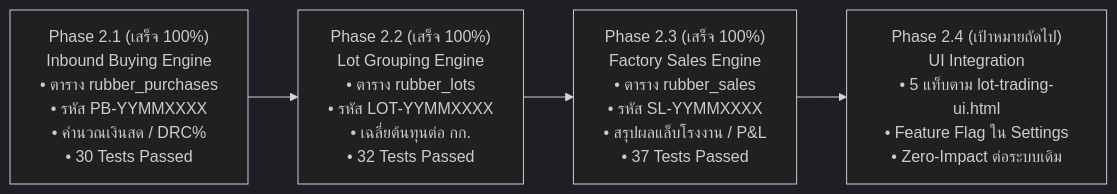
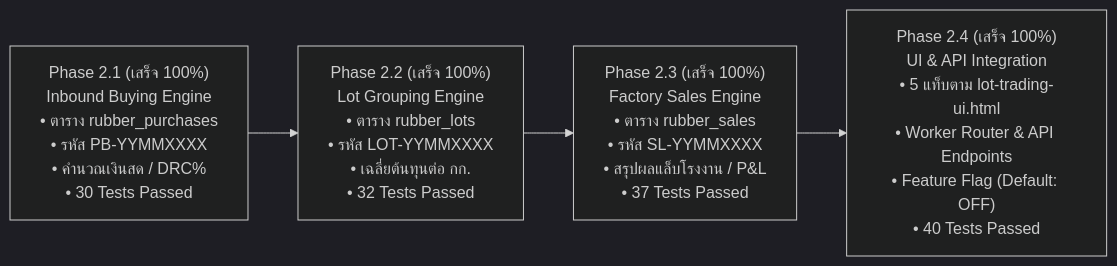
Before and after one commit to beemcr73327-ux/receipt-app: the diagram in progress.md, drawn with Mermaid (dark theme). The commit also changed other lines of this file and 11 other files, not shown here.

Commit message:
feat(phase-2.4): complete rubber lot trading ui integration, worker router & feature flag

````diff
--- a/progress.md
+++ b/progress.md
@@ -15,6 +15,6 @@
 ```mermaid
 graph LR
     P21["Phase 2.1 (เสร็จ 100%)<br>Inbound Buying Engine<br>• ตาราง rubber_purchases<br>• รหัส PB-YYMMXXXX<br>• คำนวณเงินสด / DRC%<br>• 30 Tests Passed"] --> P22["Phase 2.2 (เสร็จ 100%)<br>Lot Grouping Engine<br>• ตาราง rubber_lots<br>• รหัส LOT-YYMMXXXX<br>• เฉลี่ยต้นทุนต่อ กก.<br>• 32 Tests Passed"]
     P22 --> P23["Phase 2.3 (เสร็จ 100%)<br>Factory Sales Engine<br>• ตาราง rubber_sales<br>• รหัส SL-YYMMXXXX<br>• สรุปผลแล็บโรงงาน / P&L<br>• 37 Tests Passed"]
-    P23 --> P24["Phase 2.4 (เป้าหมายถัดไป)<br>UI Integration<br>• 5 แท็บตาม lot-trading-ui.html<br>• Feature Flag ใน Settings<br>• Zero-Impact ต่อระบบเดิม"]
+    P23 --> P24["Phase 2.4 (เสร็จ 100%)<br>UI & API Integration<br>• 5 แท็บตาม lot-trading-ui.html<br>• Worker Router & API Endpoints<br>• Feature Flag (Default: OFF)<br>• 40 Tests Passed"]
 ```
````
